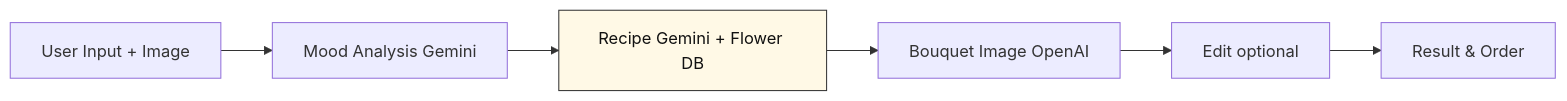
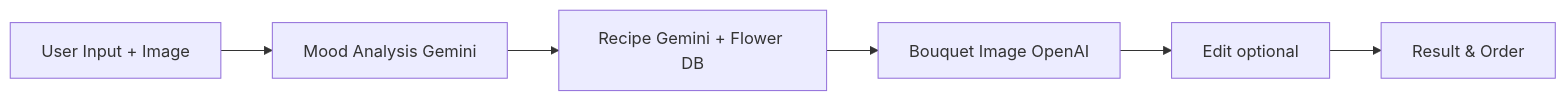
Before and after one commit to codenamewont/ai-florist: the second of 3 diagrams in README.md, drawn with Mermaid.

Commit message:
docs: remove highlight styling from AI pipeline flowchart

````diff
--- a/README.md
+++ b/README.md
@@ -145,14 +145,11 @@
 ```mermaid
 flowchart LR
     A["User Input + Image"]
     B["Mood Analysis Gemini"]
     C["Recipe Gemini + Flower DB"]
     D["Bouquet Image OpenAI"]
     E["Edit optional"]
     F["Result & Order"]
 
     A --> B --> C --> D --> E --> F
-
-    classDef highlight fill:#fff9e6,stroke:#333,color:#111
-    class C highlight
 ```
````
